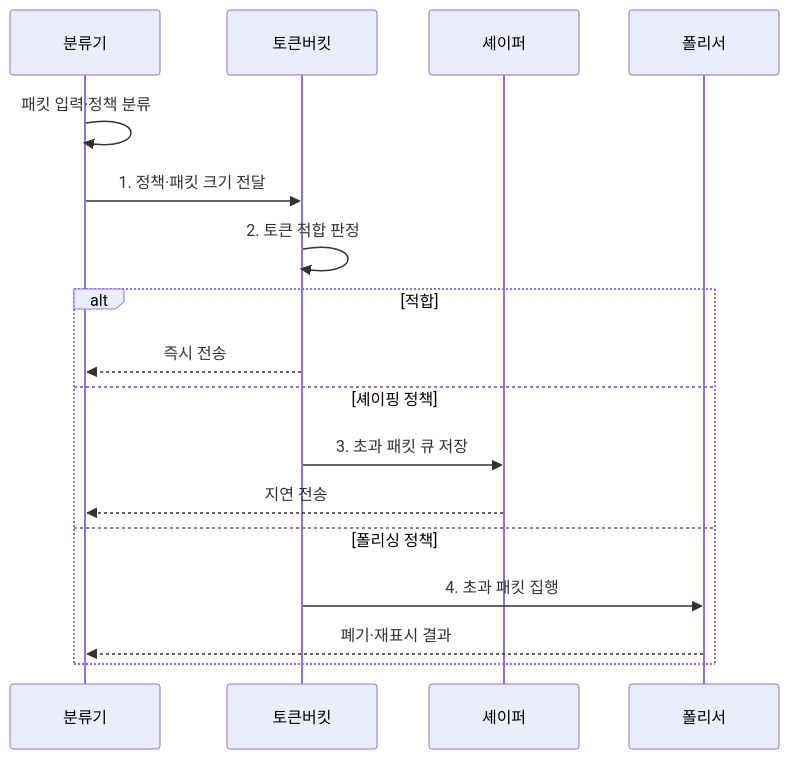
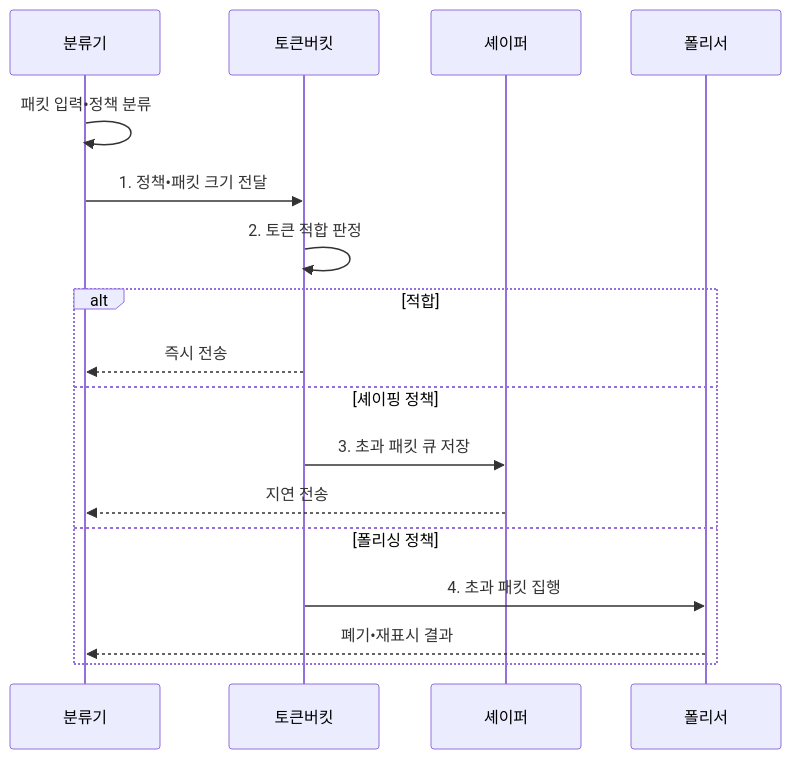
The second of 2 diagrams in src/content/docs/notes/04-network/073_traffic_shaping_policing.md (agnusdei1207/knowledge-base), drawn with Mermaid before and after one commit. The commit also changed other lines of this file and 953 other files, not shown here.

````diff
--- a/src/content/docs/notes/04-network/073_traffic_shaping_policing.md
+++ b/src/content/docs/notes/04-network/073_traffic_shaping_policing.md
@@ -95,19 +95,19 @@
 ```mermaid
 sequenceDiagram
     participant 분류기
     participant 토큰버킷
     participant 셰이퍼
     participant 폴리서
-    분류기->>분류기: 패킷 입력·정책 분류
-    분류기->>토큰버킷: 1. 정책·패킷 크기 전달
+    분류기->>분류기: 패킷 입력•정책 분류
+    분류기->>토큰버킷: 1. 정책•패킷 크기 전달
     토큰버킷->>토큰버킷: 2. 토큰 적합 판정
     alt 적합
         토큰버킷-->>분류기: 즉시 전송
     else 셰이핑 정책
         토큰버킷->>셰이퍼: 3. 초과 패킷 큐 저장
         셰이퍼-->>분류기: 지연 전송
     else 폴리싱 정책
         토큰버킷->>폴리서: 4. 초과 패킷 집행
-        폴리서-->>분류기: 폐기·재표시 결과
+        폴리서-->>분류기: 폐기•재표시 결과
     end
 ```
````
